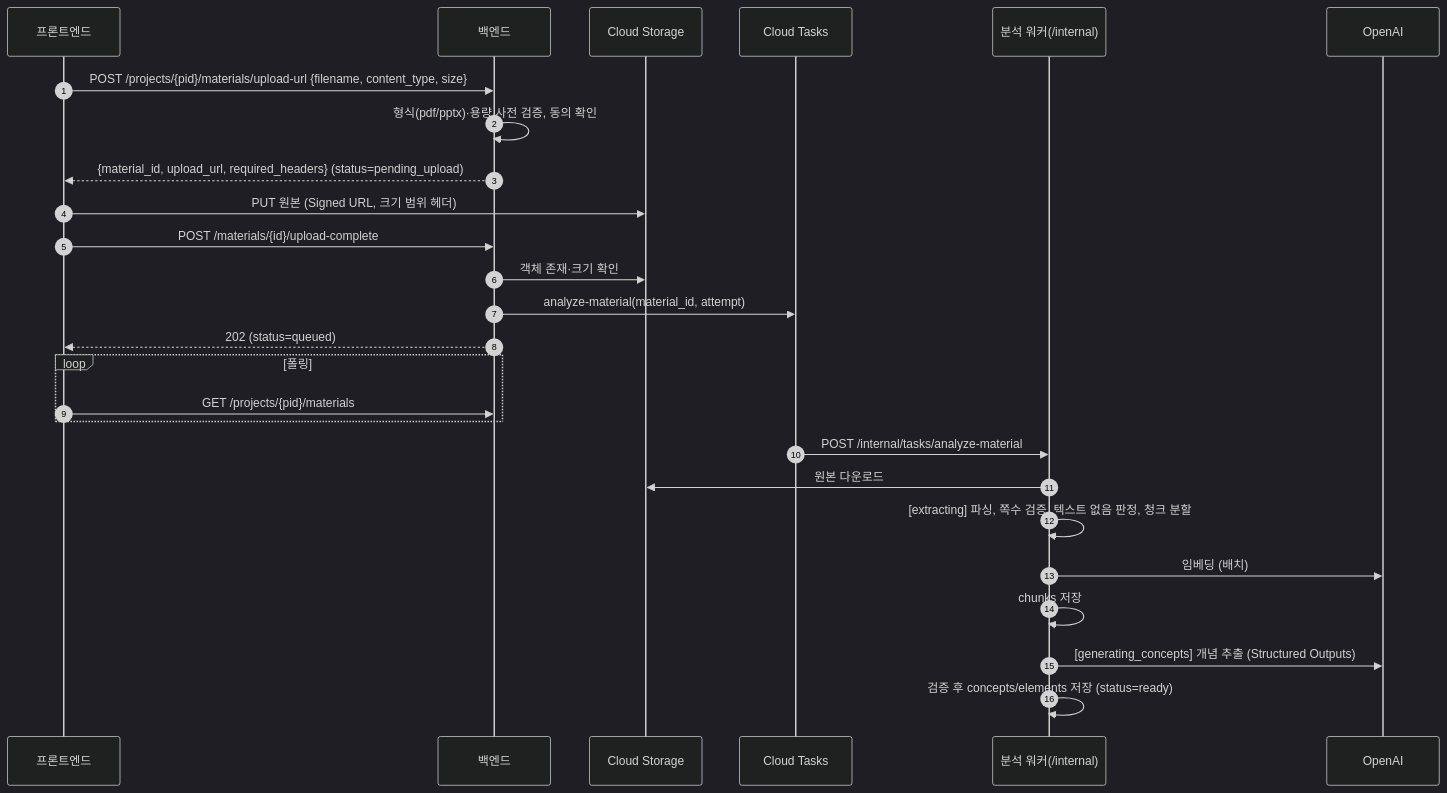
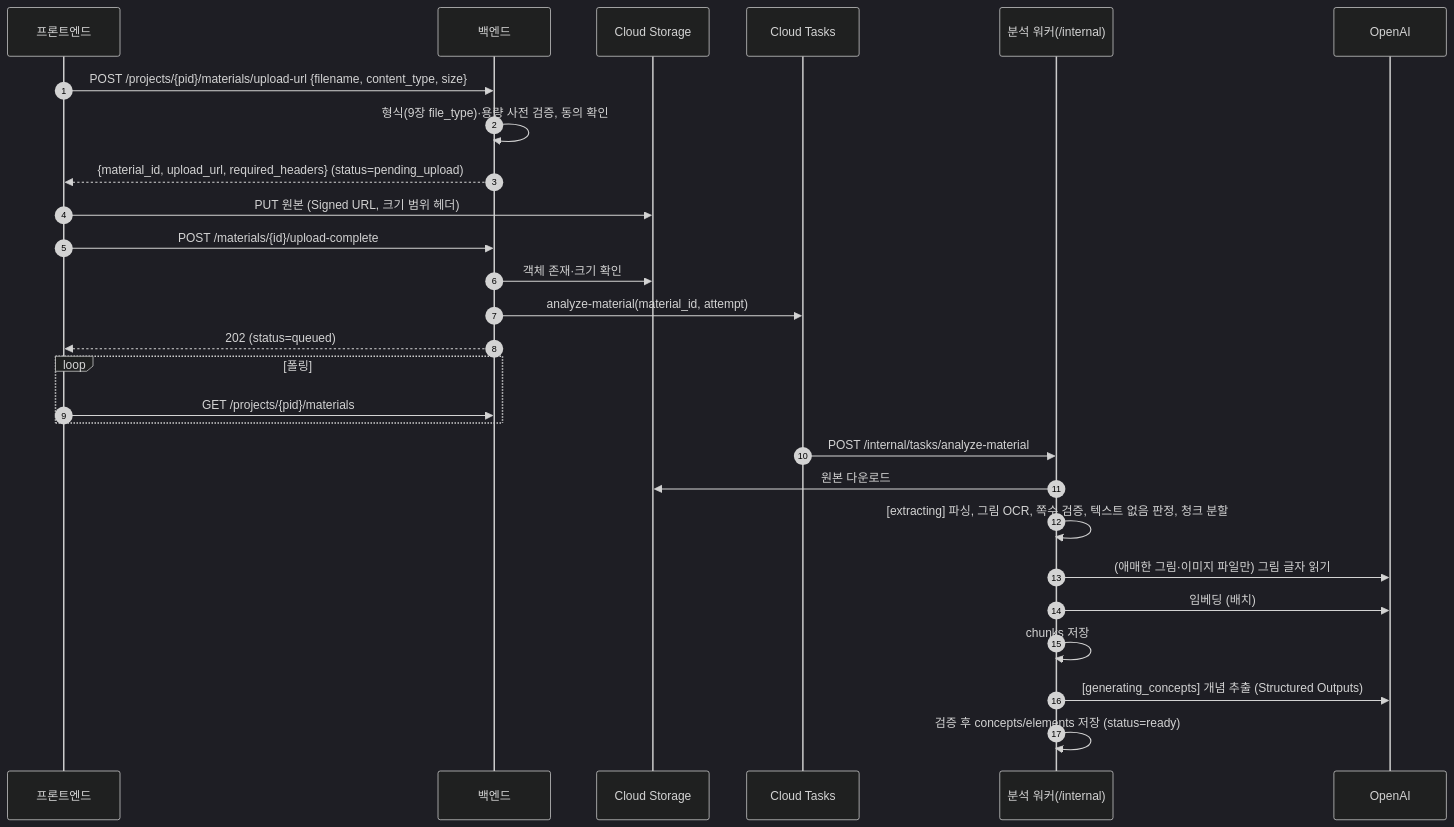
Before and after one commit to smd030830/Feynmi: the second of 4 diagrams in docs/architecture.md, drawn with Mermaid (dark theme). The commit also changed other lines of this file and 4 other files, not shown here.

````diff
--- a/docs/architecture.md
+++ b/docs/architecture.md
@@ -287,29 +292,30 @@
 ```mermaid
 sequenceDiagram
   autonumber
   participant FE as 프론트엔드
   participant API as 백엔드
   participant GCS as Cloud Storage
   participant Q as Cloud Tasks
   participant W as 분석 워커(/internal)
   participant OAI as OpenAI
 
   FE->>API: POST /projects/{pid}/materials/upload-url {filename, content_type, size}
-  API->>API: 형식(pdf/pptx)·용량 사전 검증, 동의 확인
+  API->>API: 형식(9장 file_type)·용량 사전 검증, 동의 확인
   API-->>FE: {material_id, upload_url, required_headers}  (status=pending_upload)
   FE->>GCS: PUT 원본 (Signed URL, 크기 범위 헤더)
   FE->>API: POST /materials/{id}/upload-complete
   API->>GCS: 객체 존재·크기 확인
   API->>Q: analyze-material(material_id, attempt)
   API-->>FE: 202 (status=queued)
   loop 폴링
     FE->>API: GET /projects/{pid}/materials
   end
   Q->>W: POST /internal/tasks/analyze-material
   W->>GCS: 원본 다운로드
-  W->>W: [extracting] 파싱, 쪽수 검증, 텍스트 없음 판정, 청크 분할
+  W->>W: [extracting] 파싱, 그림 OCR, 쪽수 검증, 텍스트 없음 판정, 청크 분할
+  W->>OAI: (애매한 그림·이미지 파일만) 그림 글자 읽기
   W->>OAI: 임베딩 (배치)
   W->>W: chunks 저장
   W->>OAI: [generating_concepts] 개념 추출 (Structured Outputs)
   W->>W: 검증 후 concepts/elements 저장 (status=ready)
 ```
````
